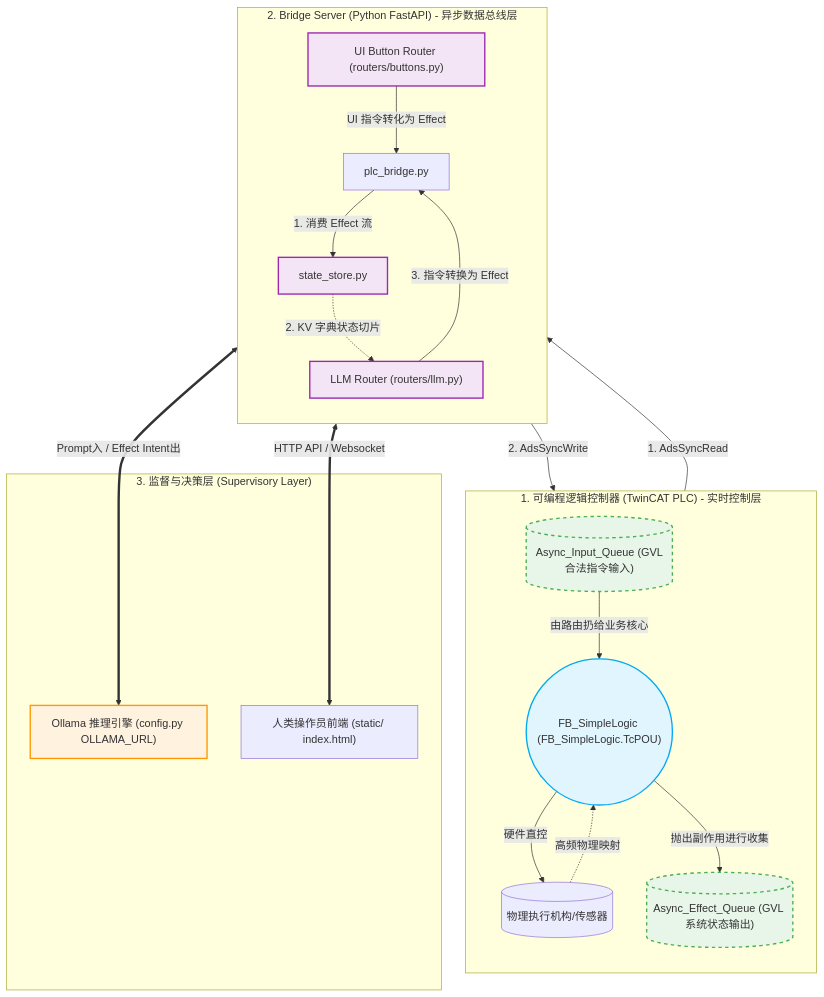
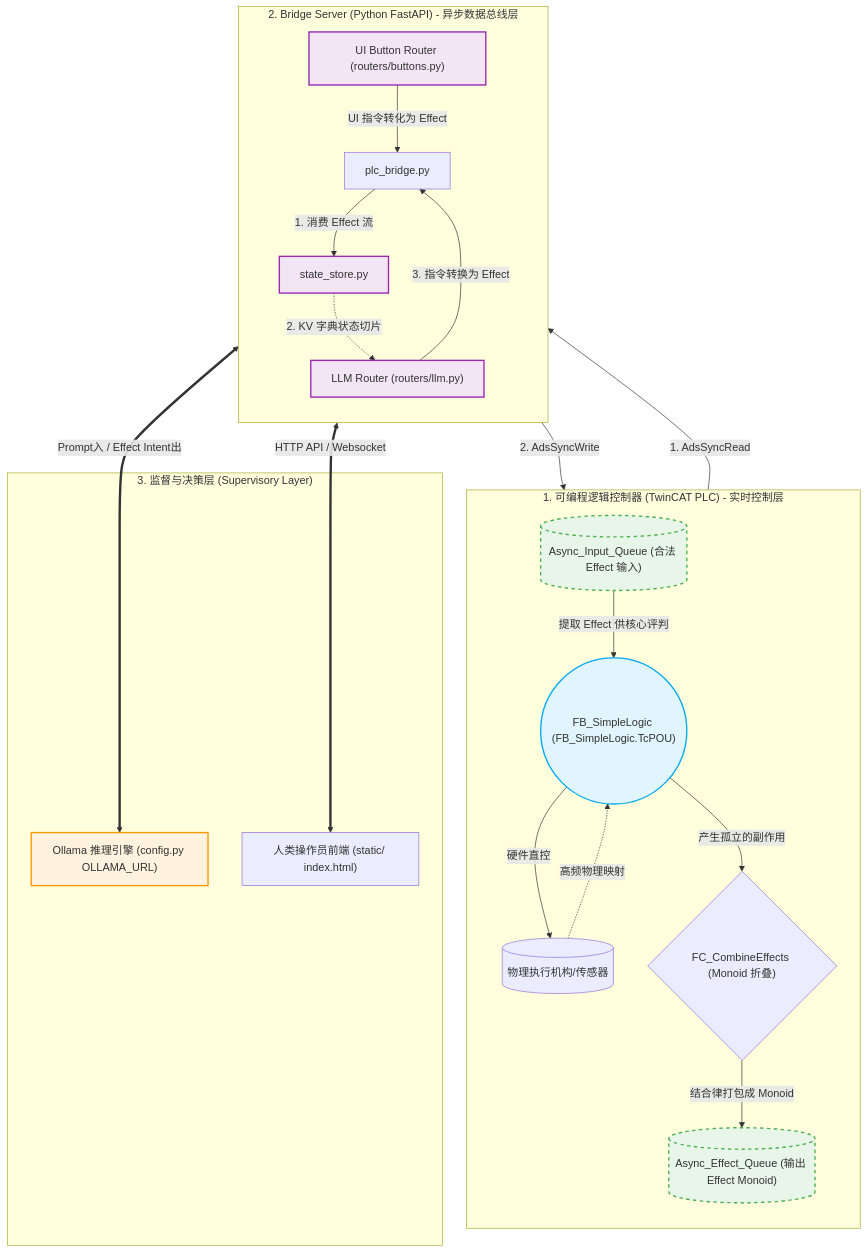
The diagram in MonoPLC_LLM_Monoid_Architecture.md (XiaoxiaoZ/MonoPLC), drawn with Mermaid before and after one commit. The commit also changed 5 other files, not shown here.

Commit message:
refactor: Introduce Monoid folding for side-effect combining and clarify effect handling in the PLC architecture.

````diff
--- a/MonoPLC_LLM_Monoid_Architecture.md
+++ b/MonoPLC_LLM_Monoid_Architecture.md
@@ -12,53 +12,55 @@
 ```mermaid
 flowchart TD
     %% 物理层/控制层
     subgraph Layer_PLC ["1. 可编程逻辑控制器 (TwinCAT PLC) - 实时控制层"]
         direction TB
         SafeCore(("FB_SimpleLogic (FB_SimpleLogic.TcPOU)"))
-        AsyncOut[("Async_Effect_Queue (GVL 系统状态输出)")]
-        AsyncIn[("Async_Input_Queue (GVL合法指令输入)")]
+        MonoidMerge{"FC_CombineEffects (Monoid 折叠)"}
+        AsyncOut[("Async_Effect_Queue (输出 Effect Monoid)")]
+        AsyncIn[("Async_Input_Queue (合法 Effect 输入)")]
         Hardware[(物理执行机构/传感器)]
         
         Hardware -.->|高频物理映射| SafeCore
         SafeCore -->|硬件直控| Hardware
-        SafeCore -->|抛出副作用进行收集| AsyncOut
-        AsyncIn -->|由路由扔给业务核心| SafeCore
+        SafeCore -->|产生孤立的副作用| MonoidMerge
+        MonoidMerge -->|结合律打包成 Monoid| AsyncOut
+        AsyncIn -->|提取 Effect 供核心评判| SafeCore
     end
 
     %% 中间件层
     subgraph Layer_Server ["2. Bridge Server (Python FastAPI) - 异步数据总线层"]
         direction TB
         PLC_Bridge["plc_bridge.py"]
         State_Store["state_store.py"]
         Router_LLM["LLM Router (routers/llm.py)"]
         Router_UI["UI Button Router (routers/buttons.py)"]
         
         PLC_Bridge -->|1. 消费 Effect 流| State_Store
         State_Store -.->|2. KV 字典状态切片| Router_LLM
         Router_LLM -->|3. 指令转换为 Effect| PLC_Bridge
         Router_UI -->|UI 指令转化为 Effect| PLC_Bridge
     end
 
     %% 智能决策层
     subgraph Layer_AI ["3. 监督与决策层 (Supervisory Layer)"]
         Ollama["Ollama 推理引擎 (config.py OLLAMA_URL)"]
         WebUI["人类操作员前端 (static/ index.html)"]
         
         Router_LLM <==>|Prompt入 / Effect Intent出| Ollama
         Router_UI <==>|HTTP API / Websocket| WebUI
     end
 
     classDef plcCore fill:#e1f5fe,stroke:#03a9f4,stroke-width:2px;
     classDef serverBus fill:#f3e5f5,stroke:#9c27b0,stroke-width:2px;
     classDef aiBrain fill:#fff3e0,stroke:#ff9800,stroke-width:2px;
     classDef queue fill:#e8f5e9,stroke:#4caf50,stroke-width:2px,stroke-dasharray: 5 5;
 
     class SafeCore plcCore;
     class State_Store,Router_LLM,Router_UI serverBus;
     class Ollama aiBrain;
     class AsyncOut,AsyncIn queue;
 
     %% 跨层边界连线（必须放在所有 subgraph 定义外部）
     AsyncOut -->|1. AdsSyncRead| PLC_Bridge
     PLC_Bridge -->|2. AdsSyncWrite| AsyncIn
 ```
````
